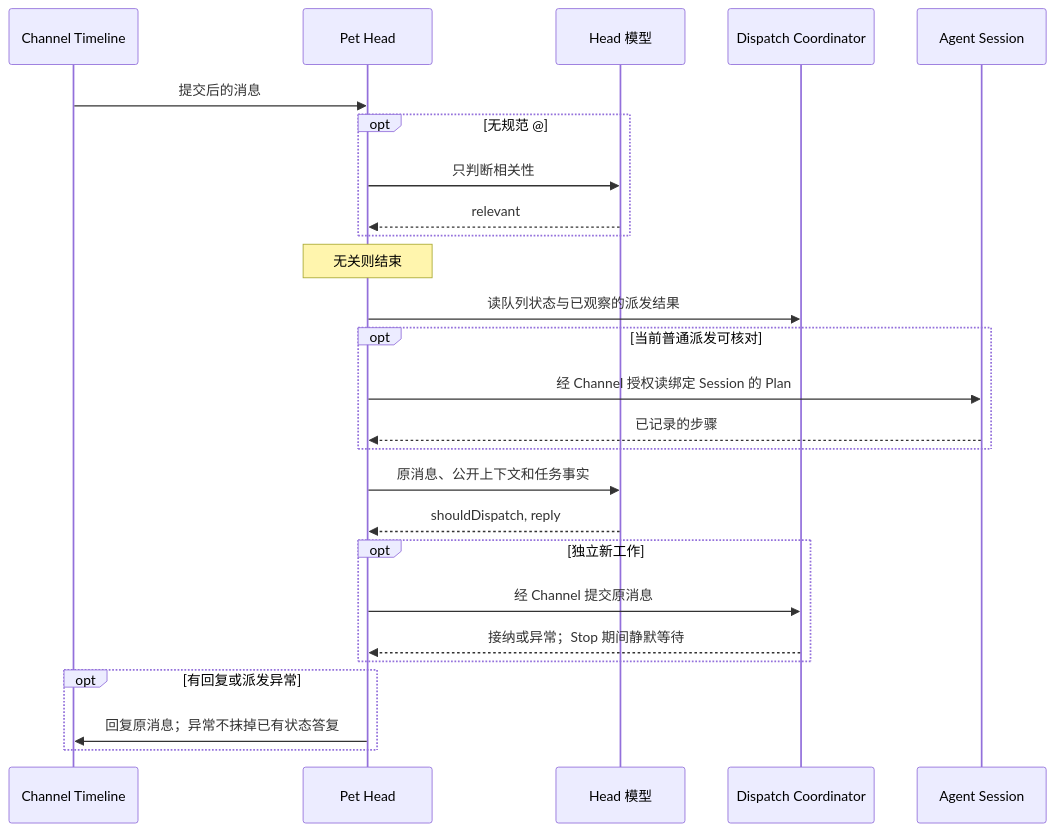
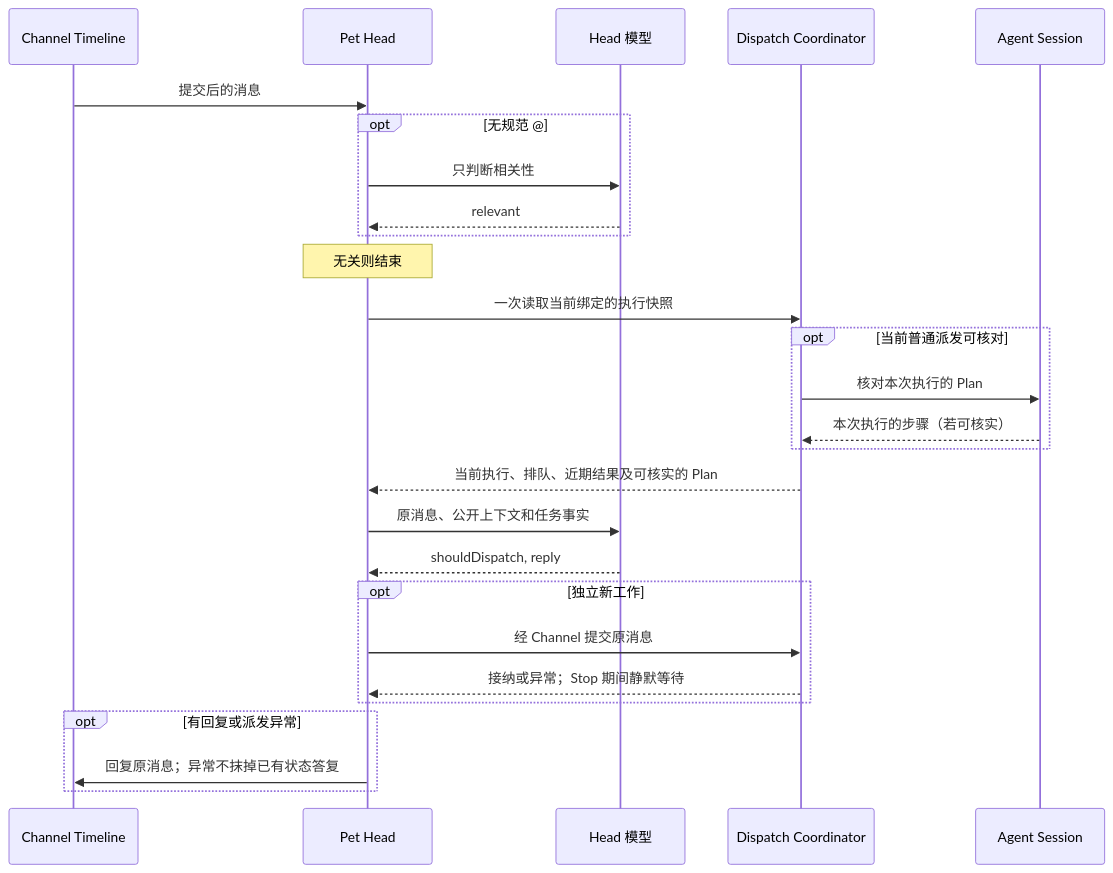
Before and after one commit to pinpawo/pinpawo-agent: the diagram in docs/design/studio/pet-head-mechanism.md, drawn with Mermaid. The commit also changed other lines of this file and 23 other files, not shown here.

````diff
--- a/docs/design/studio/pet-head-mechanism.md
+++ b/docs/design/studio/pet-head-mechanism.md
@@ -18,28 +18,29 @@
 ```mermaid
 sequenceDiagram
     participant C as Channel Timeline
     participant H as Pet Head
     participant M as Head 模型
     participant D as Dispatch Coordinator
     participant S as Agent Session
     C->>H: 提交后的消息
     opt 无规范 @
         H->>M: 只判断相关性
         M-->>H: relevant
     end
     Note over H: 无关则结束
-    H->>D: 读队列状态与已观察的派发结果
+    H->>D: 一次读取当前绑定的执行快照
     opt 当前普通派发可核对
-        H->>S: 经 Channel 授权读绑定 Session 的 Plan
-        S-->>H: 已记录的步骤
+        D->>S: 核对本次执行的 Plan
+        S-->>D: 本次执行的步骤（若可核实）
     end
+    D-->>H: 当前执行、排队、近期结果及可核实的 Plan
     H->>M: 原消息、公开上下文和任务事实
     M-->>H: shouldDispatch, reply
     opt 独立新工作
         H->>D: 经 Channel 提交原消息
         D-->>H: 接纳或异常；Stop 期间静默等待
     end
     opt 有回复或派发异常
         H->>C: 回复原消息；异常不抹掉已有状态答复
     end
 ```
````
